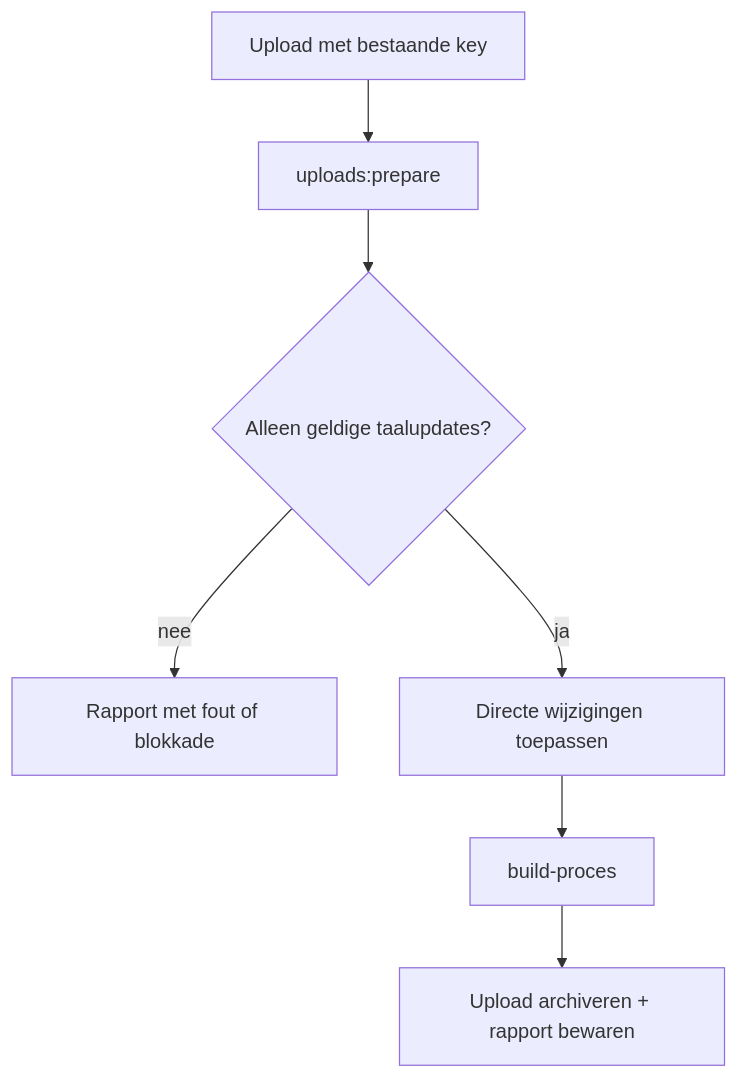
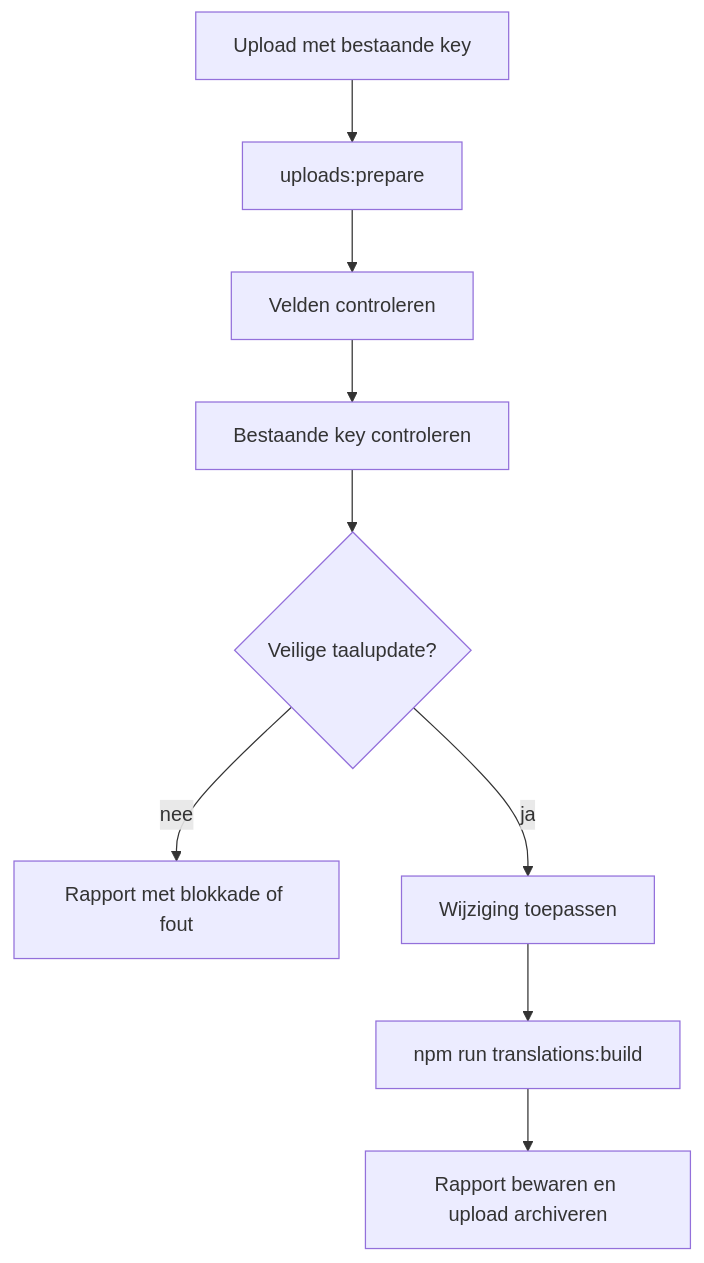
The sixth of 8 diagrams in README.md (PRAxISDEVELOPMENT/mypraxis_translation_keys), drawn with Mermaid before and after one commit. The commit also changed other lines of this file, not shown here.

````diff
--- a/README.md
+++ b/README.md
@@ -142,9 +295,11 @@
 ```mermaid
 flowchart TD
     A[Upload met bestaande key] --> B[uploads:prepare]
-    B --> C{Alleen geldige taalupdates?}
-    C -- nee --> D[Rapport met fout of blokkade]
-    C -- ja --> E[Directe wijzigingen toepassen]
-    E --> F[build-proces]
-    F --> G[Upload archiveren + rapport bewaren]
+    B --> C[Velden controleren]
+    C --> D[Bestaande key controleren]
+    D --> E{Veilige taalupdate?}
+    E -- nee --> F[Rapport met blokkade of fout]
+    E -- ja --> G[Wijziging toepassen]
+    G --> H[npm run translations:build]
+    H --> I[Rapport bewaren en upload archiveren]
 ```
````
